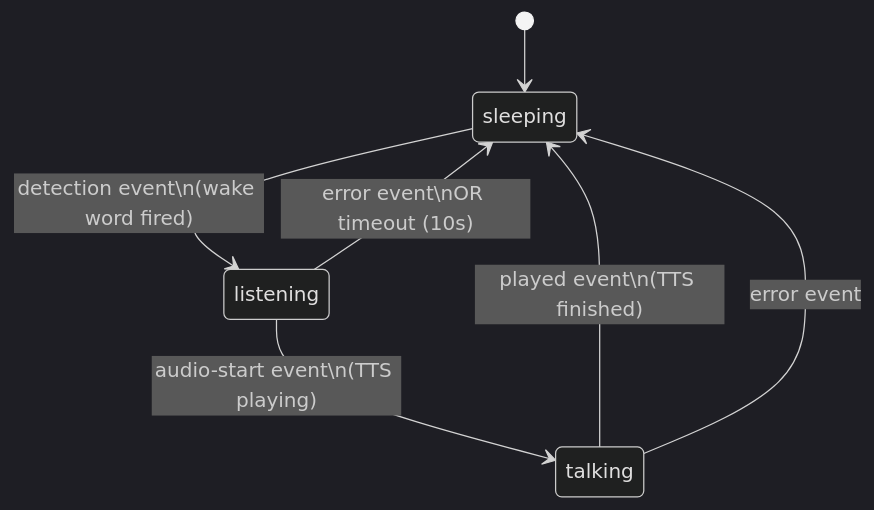
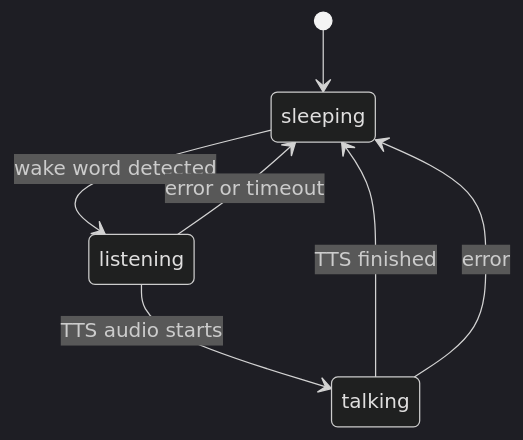
Before and after one commit to SolarSpore/LARRY---kiosk-robot: the second of 2 diagrams in README.md, drawn with Mermaid (dark theme). The commit also changed other lines of this file, not shown here.

````diff
--- a/README.md
+++ b/README.md
@@ -31,9 +49,9 @@
 ```mermaid
 stateDiagram-v2
     [*] --> sleeping
-    sleeping --> listening: detection event\n(wake word fired)
-    listening --> talking: audio-start event\n(TTS playing)
-    talking --> sleeping: played event\n(TTS finished)
-    listening --> sleeping: error event\nOR timeout (10s)
-    talking --> sleeping: error event
+    sleeping --> listening: wake word detected
+    listening --> talking: TTS audio starts
+    talking --> sleeping: TTS finished
+    listening --> sleeping: error or timeout
+    talking --> sleeping: error
 ```
````
